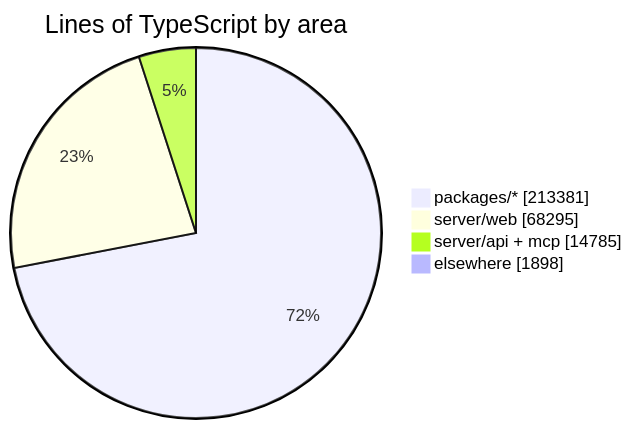
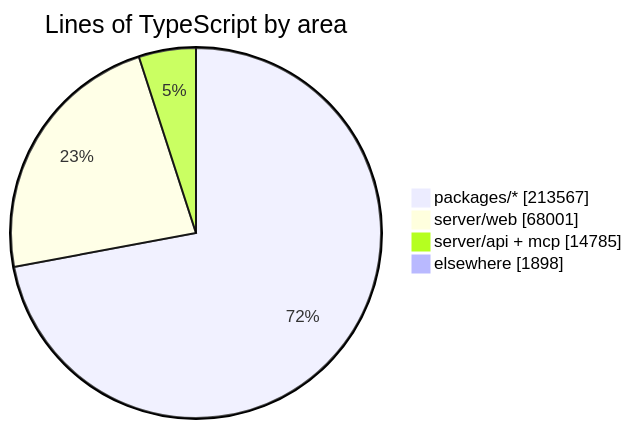
Before and after one commit to crossworks-engineering/mantle: the diagram in README.md, drawn with Mermaid. The commit also changed other lines of this file and 2 other files, not shown here.

````diff
--- a/README.md
+++ b/README.md
@@ -287,7 +287,7 @@
 ```mermaid
 pie showData title Lines of TypeScript by area
-    "packages/*" : 213381
-    "server/web" : 68295
+    "packages/*" : 213567
+    "server/web" : 68001
     "server/api + mcp" : 14785
     "elsewhere" : 1898
 ```
````
